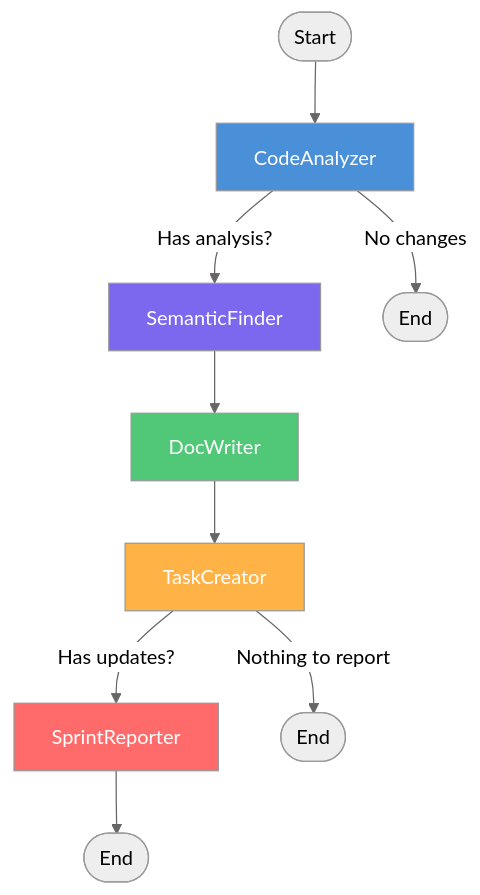
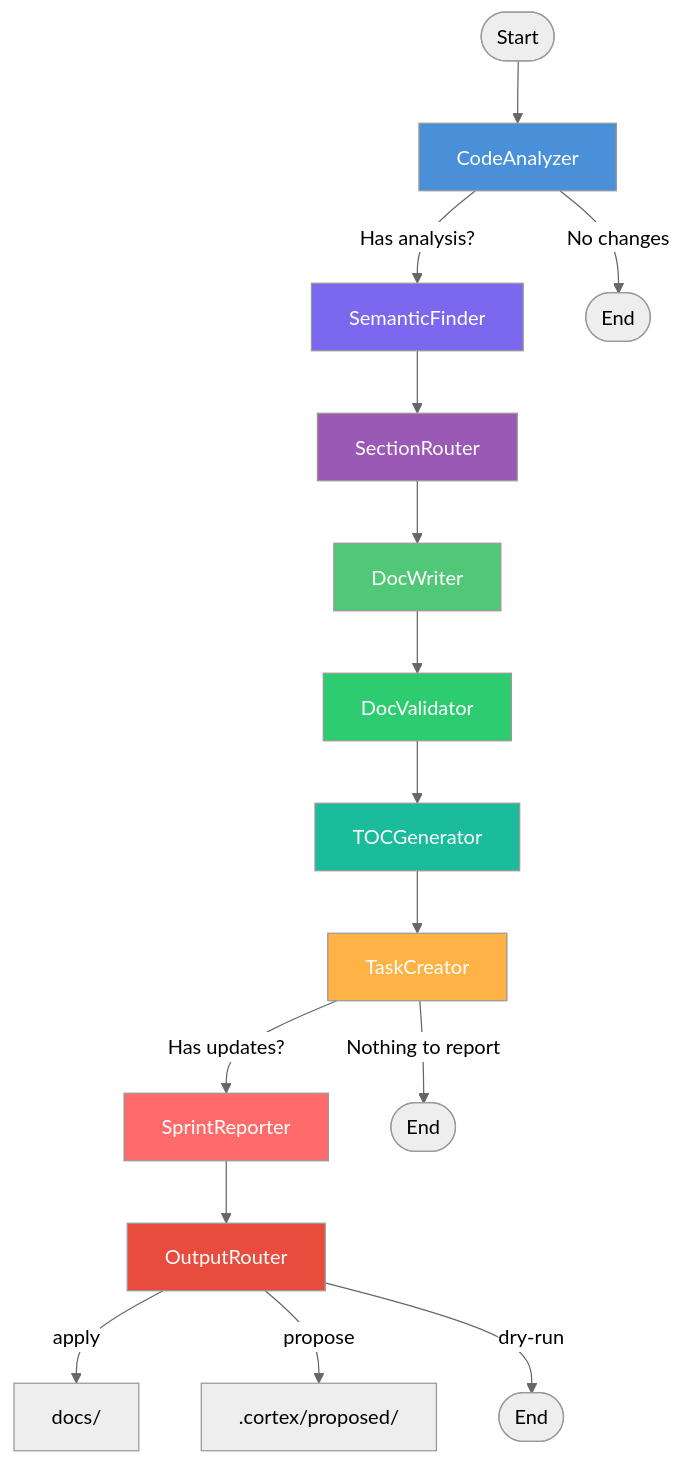
The second of 2 diagrams in README.md (sarupurisailalith/codebase-cortex), drawn with Mermaid (neutral theme) before and after one commit. The commit also changed other lines of this file and 8 other files, not shown here.

````diff
--- a/README.md
+++ b/README.md
@@ -97,17 +114,27 @@
 ```mermaid
 graph TD
     START([Start]) --> CA[CodeAnalyzer]
     CA -->|Has analysis?| SF[SemanticFinder]
     CA -->|No changes| END1([End])
-    SF --> DW[DocWriter]
-    DW --> TC[TaskCreator]
-    TC -->|Has updates?| SR[SprintReporter]
+    SF --> SR[SectionRouter]
+    SR --> DW[DocWriter]
+    DW --> DV[DocValidator]
+    DV --> TG[TOCGenerator]
+    TG --> TC[TaskCreator]
+    TC -->|Has updates?| SPR[SprintReporter]
     TC -->|Nothing to report| END2([End])
-    SR --> END3([End])
+    SPR --> OR[OutputRouter]
+    OR -->|apply| DOCS[docs/]
+    OR -->|propose| STAGED[.cortex/proposed/]
+    OR -->|dry-run| END3([End])
 
     style CA fill:#4A90D9,color:#fff
     style SF fill:#7B68EE,color:#fff
+    style SR fill:#9B59B6,color:#fff
     style DW fill:#50C878,color:#fff
+    style DV fill:#2ECC71,color:#fff
+    style TG fill:#1ABC9C,color:#fff
     style TC fill:#FFB347,color:#fff
-    style SR fill:#FF6B6B,color:#fff
+    style SPR fill:#FF6B6B,color:#fff
+    style OR fill:#E74C3C,color:#fff
 ```
````
